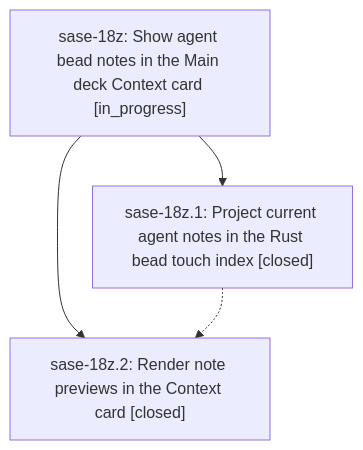
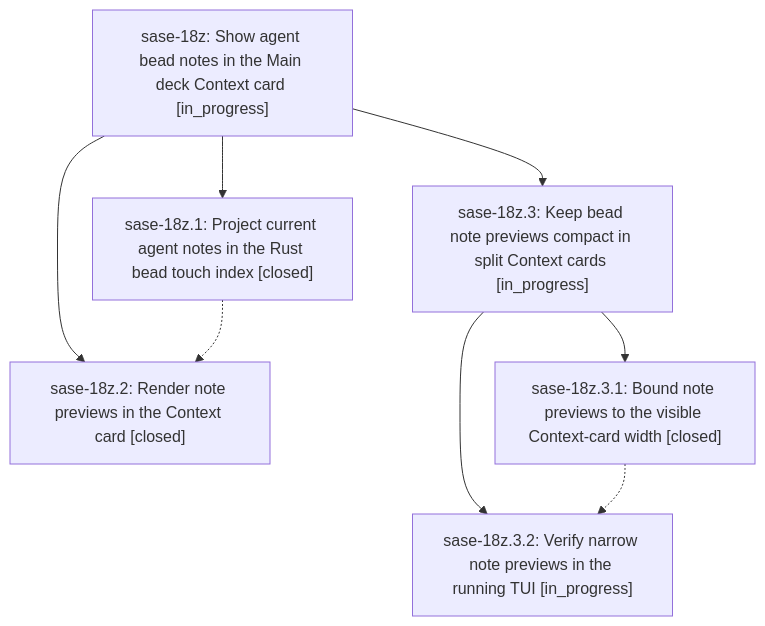
Before and after one commit to sase-org/sase--beads: the diagram in pages/sase-18z/README.md, drawn with Mermaid. The commit also changed other lines of this file and 4 other files, not shown here.

First line of the commit message:
chore(beads): sync bead state and pages for sase-18z

````diff
--- a/pages/sase-18z/README.md
+++ b/pages/sase-18z/README.md
@@ -23,9 +27,16 @@
 ```mermaid
 flowchart TD
     n0["sase-18z: Show agent bead notes in the Main deck Context card [in_progress]"]
     n1["sase-18z.1: Project current agent notes in the Rust bead touch index [closed]"]
     n2["sase-18z.2: Render note previews in the Context card [closed]"]
+    n3["sase-18z.3: Keep bead note previews compact in split Context cards [in_progress]"]
+    n4["sase-18z.3.1: Bound note previews to the visible Context-card width [closed]"]
+    n5["sase-18z.3.2: Verify narrow note previews in the running TUI [in_progress]"]
     n0 --> n1
     n0 --> n2
+    n0 --> n3
+    n3 --> n4
+    n3 --> n5
     n1 -.-> n2
+    n4 -.-> n5
 ```
````
